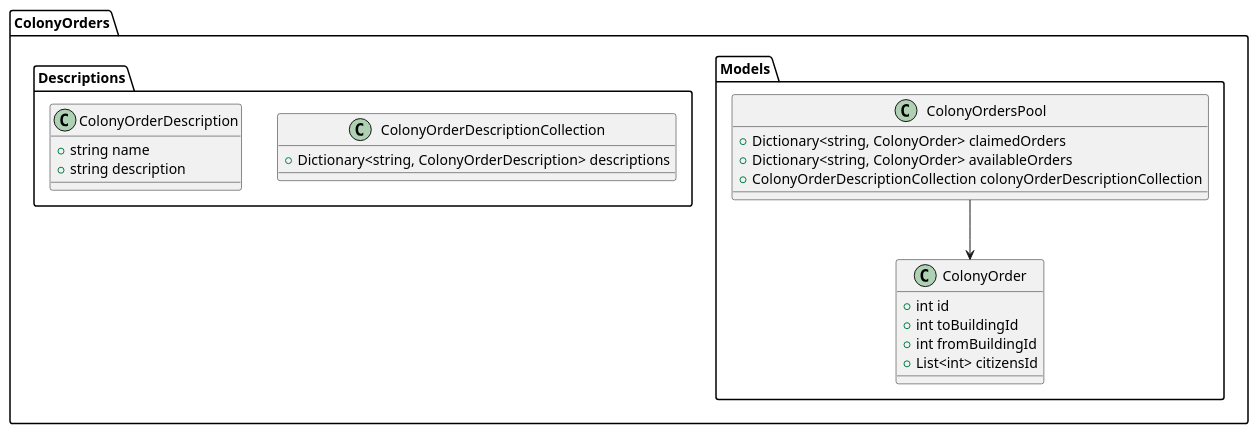
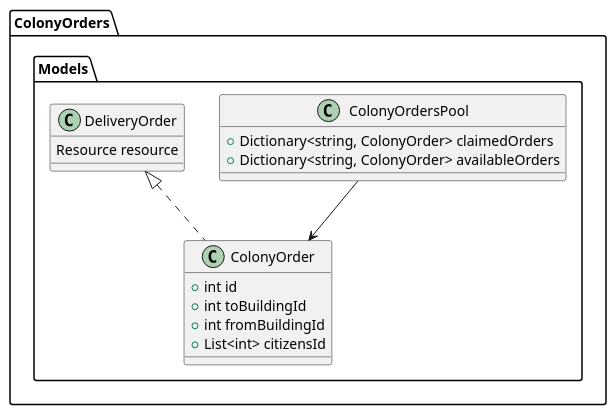
One commit to minusrep/Pivo-UML changed the diagram in Colony/Orders/ColonyOrders.puml. Above: the diagram before and after it, drawn with PlantUML. The commit also changed 5 other files, not shown here.

```diff
--- a/Colony/Orders/ColonyOrders.puml
+++ b/Colony/Orders/ColonyOrders.puml
@@ -1,40 +1,31 @@
 @startuml
 
 package "ColonyOrders"
 {
     package "Models"
     {
         class ColonyOrdersPool 
         {
             +Dictionary<string, ColonyOrder> claimedOrders    
             +Dictionary<string, ColonyOrder> availableOrders
-            +ColonyOrderDescriptionCollection colonyOrderDescriptionCollection
         }
         
         class ColonyOrder
         {
             +int id
             +int toBuildingId
             +int fromBuildingId
             +List<int> citizensId
         }
         
-        ColonyOrdersPool --> ColonyOrder
-    }
-    
-    package "Descriptions"
-    {        
-        class ColonyOrderDescriptionCollection
+        class DeliveryOrder
         {
-            +Dictionary<string, ColonyOrderDescription> descriptions
+            Resource resource
         }
         
-        class ColonyOrderDescription
-        {
-            +string name
-            +string description
-        }
+        ColonyOrdersPool --> ColonyOrder
+        DeliveryOrder <|.. ColonyOrder
     }
 }
 
 @enduml
```
